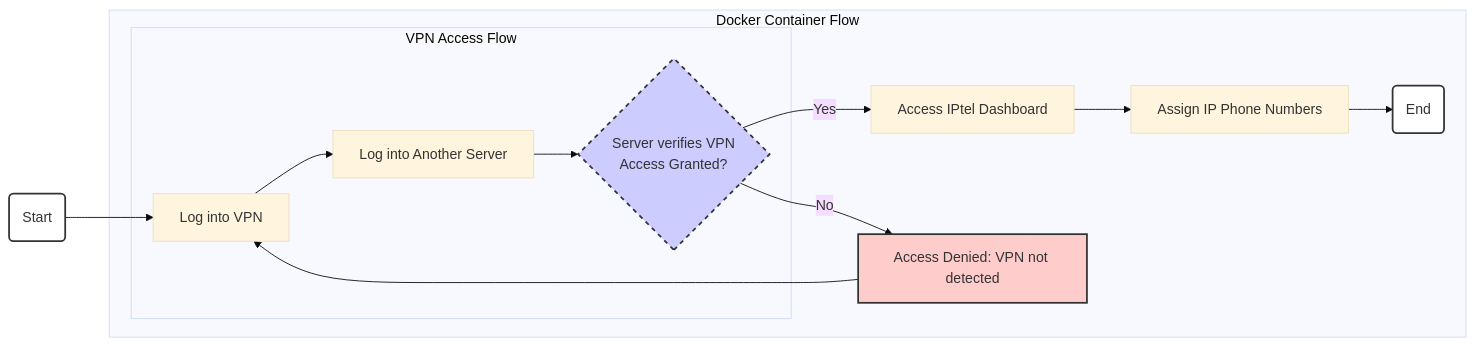
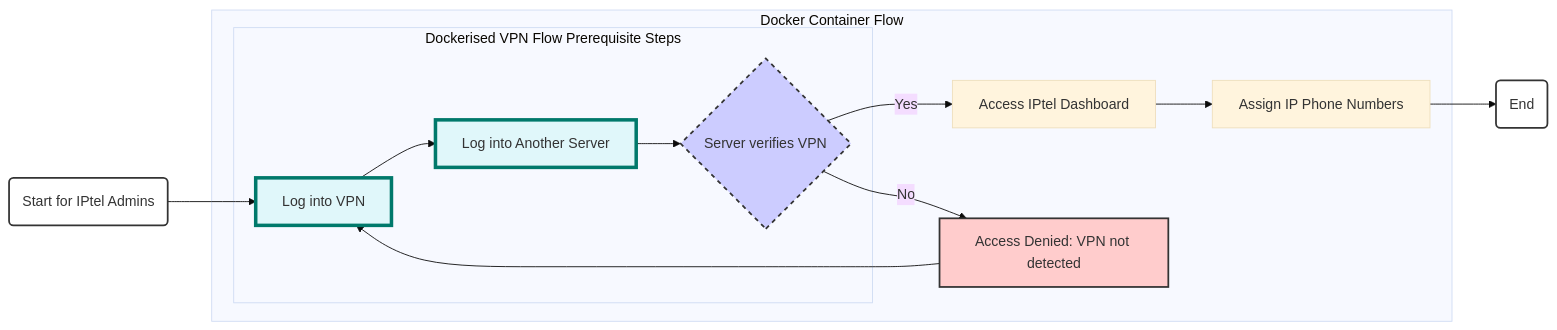
One commit to kairin/mermaid changed the diagram in iptel.md. Above: the diagram before and after it, drawn with Mermaid (base theme).

````diff
--- a/iptel.md
+++ b/iptel.md
@@ -1,23 +1,27 @@
 ```mermaid
 
 graph LR
-    A(Start)
+    A(Start for IPtel Admins)
     A --> B
 
     subgraph Docker Container Flow
-        subgraph VPN Access Flow
-            B[Log into VPN] --> C[Log into Another Server]
-            C --> D{Server verifies VPN<br/>Access Granted?}
+        subgraph Dockerised VPN Flow Prerequisite Steps
+            B[Log into VPN]:::vpnstep --> C[Log into Another Server]:::vpnstep
+            C --> D{Server verifies VPN}:::vpnstep
         end
         D -- Yes --> E[Access IPtel Dashboard]
         E --> F[Assign IP Phone Numbers]
-        F --> G(End)
+        
         D -- No --> H[Access Denied: VPN not detected]
         H --> B
     end
+        F --> G(End)
 
+    classDef vpnstep fill:#e0f7fa,stroke:#00796b,stroke-width:4px
+    class B,C,D vpnstep
+    style D fill:#ccf,stroke:#333,stroke-width:2px,stroke-dasharray: 5 5
+    style H fill:#fcc,stroke:#333,stroke-width:2px
     style A fill:#fff,stroke:#333,stroke-width:2px
     style G fill:#fff,stroke:#333,stroke-width:2px
-    style D fill:#ccf,stroke:#333,stroke-width:2px,stroke-dasharray: 5 5
-    style H fill:#fcc,stroke:#333,stroke-width:2px
+
 ```
````
